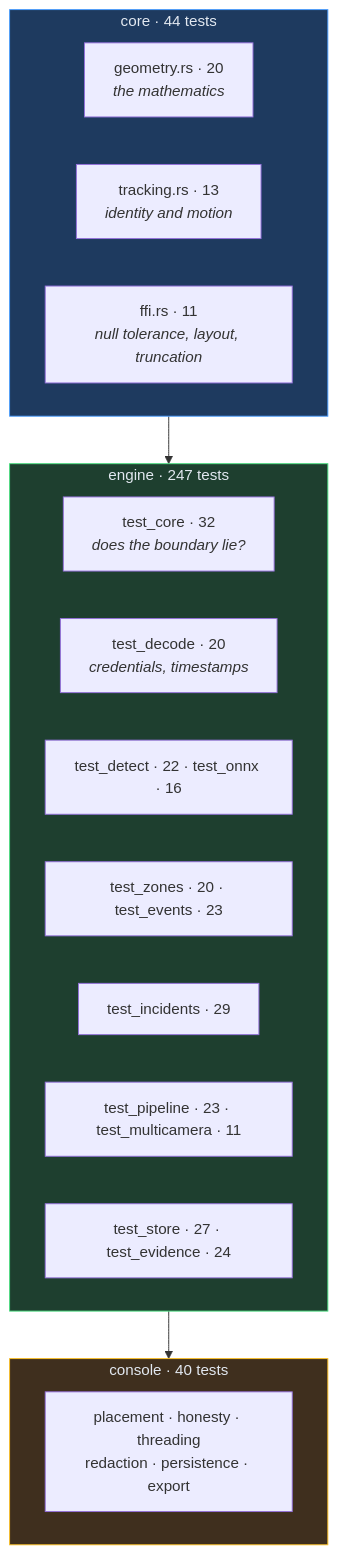
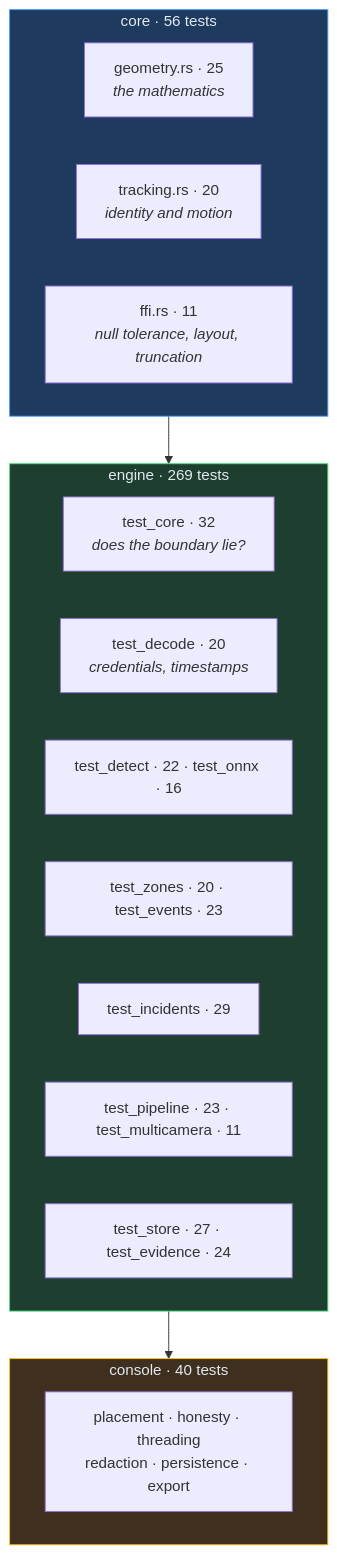
Diagram 15 of 16 in docs/OVERVIEW.md (haidar-farhat/V.I.G.I.L._Vision_Intelligence_and_Geospatial_ncident_Layer), drawn with Mermaid before and after one commit. The commit also changed other lines of this file and 8 other files, not shown here.

````diff
--- a/docs/OVERVIEW.md
+++ b/docs/OVERVIEW.md
@@ -561,26 +561,26 @@
 ```mermaid
 flowchart TB
-    subgraph rust["core · 44 tests"]
-        G["geometry.rs · 20<br/><i>the mathematics</i>"]
-        T["tracking.rs · 13<br/><i>identity and motion</i>"]
+    subgraph rust["core · 56 tests"]
+        G["geometry.rs · 25<br/><i>the mathematics</i>"]
+        T["tracking.rs · 20<br/><i>identity and motion</i>"]
         F["ffi.rs · 11<br/><i>null tolerance, layout, truncation</i>"]
     end
-    subgraph eng["engine · 247 tests"]
+    subgraph eng["engine · 269 tests"]
         C["test_core · 32<br/><i>does the boundary lie?</i>"]
         DE["test_decode · 20<br/><i>credentials, timestamps</i>"]
         DT["test_detect · 22 · test_onnx · 16"]
         Z["test_zones · 20 · test_events · 23"]
         IN["test_incidents · 29"]
         P["test_pipeline · 23 · test_multicamera · 11"]
         ST["test_store · 27 · test_evidence · 24"]
     end
     subgraph con["console · 40 tests"]
         CO["placement · honesty · threading<br/>redaction · persistence · export"]
     end
 
     rust --> eng --> con
 
     style rust fill:#1e3a5f,stroke:#4a9eff,color:#e2e8f0
     style eng fill:#1e3f2f,stroke:#4ade80,color:#e2e8f0
     style con fill:#3f2f1e,stroke:#fbbf24,color:#e2e8f0
 ```
````
